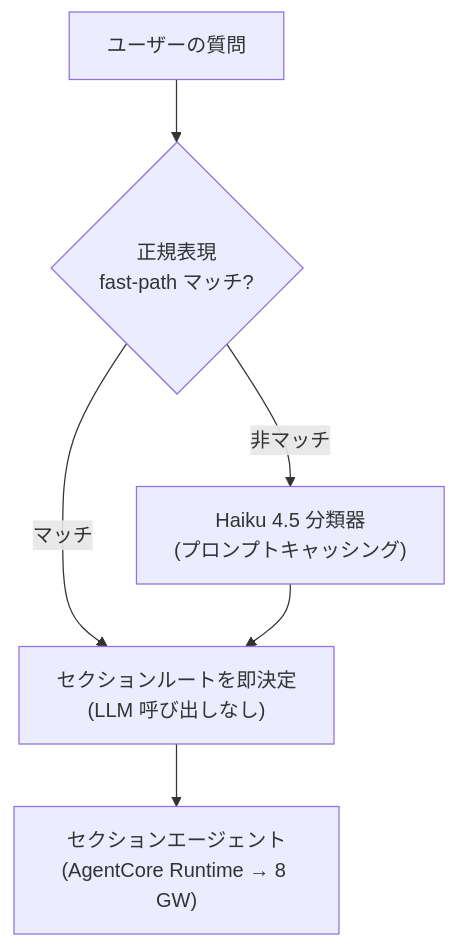
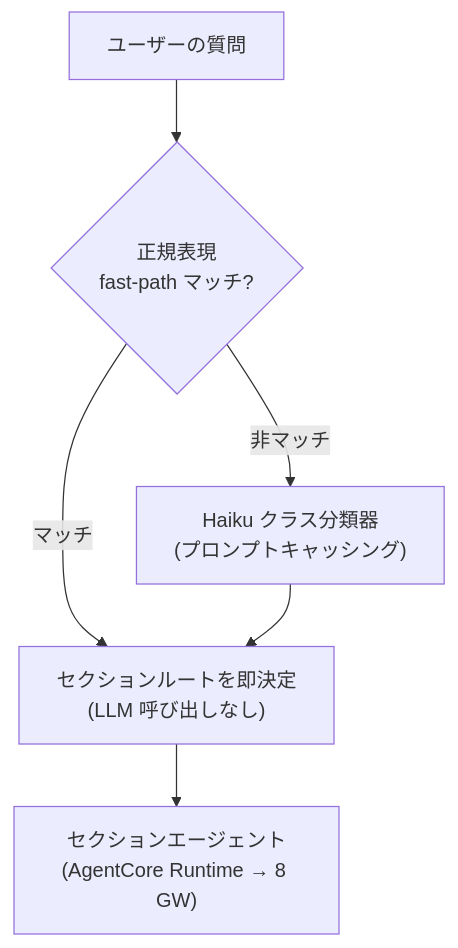
Before and after one commit to aws-samples/sample-awsops: the third of 4 diagrams in docs-site/i18n/ja/docusaurus-plugin-content-docs/current/faq/architecture.md, drawn with Mermaid. The commit also changed other lines of this file and 38 other files, not shown here.

````diff
--- a/docs-site/i18n/ja/docusaurus-plugin-content-docs/current/faq/architecture.md
+++ b/docs-site/i18n/ja/docusaurus-plugin-content-docs/current/faq/architecture.md
@@ -127,8 +127,8 @@
 ```mermaid
 flowchart TD
   Q["ユーザーの質問"] --> REGEX{"正規表現<br/>fast-path マッチ?"}
   REGEX -->|"マッチ"| ROUTE["セクションルートを即決定<br/>(LLM 呼び出しなし)"]
-  REGEX -->|"非マッチ"| HAIKU["Haiku 4.5 分類器<br/>(プロンプトキャッシング)"]
+  REGEX -->|"非マッチ"| HAIKU["Haiku クラス分類器<br/>(プロンプトキャッシング)"]
   HAIKU --> ROUTE
   ROUTE --> AGENT["セクションエージェント<br/>(AgentCore Runtime → 8 GW)"]
 ```
````
